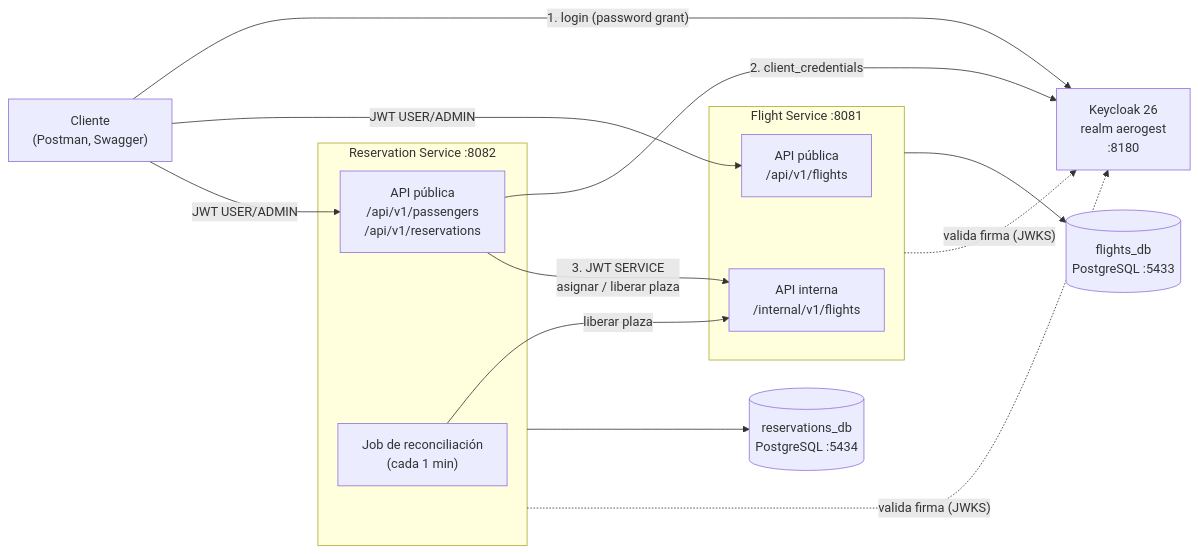
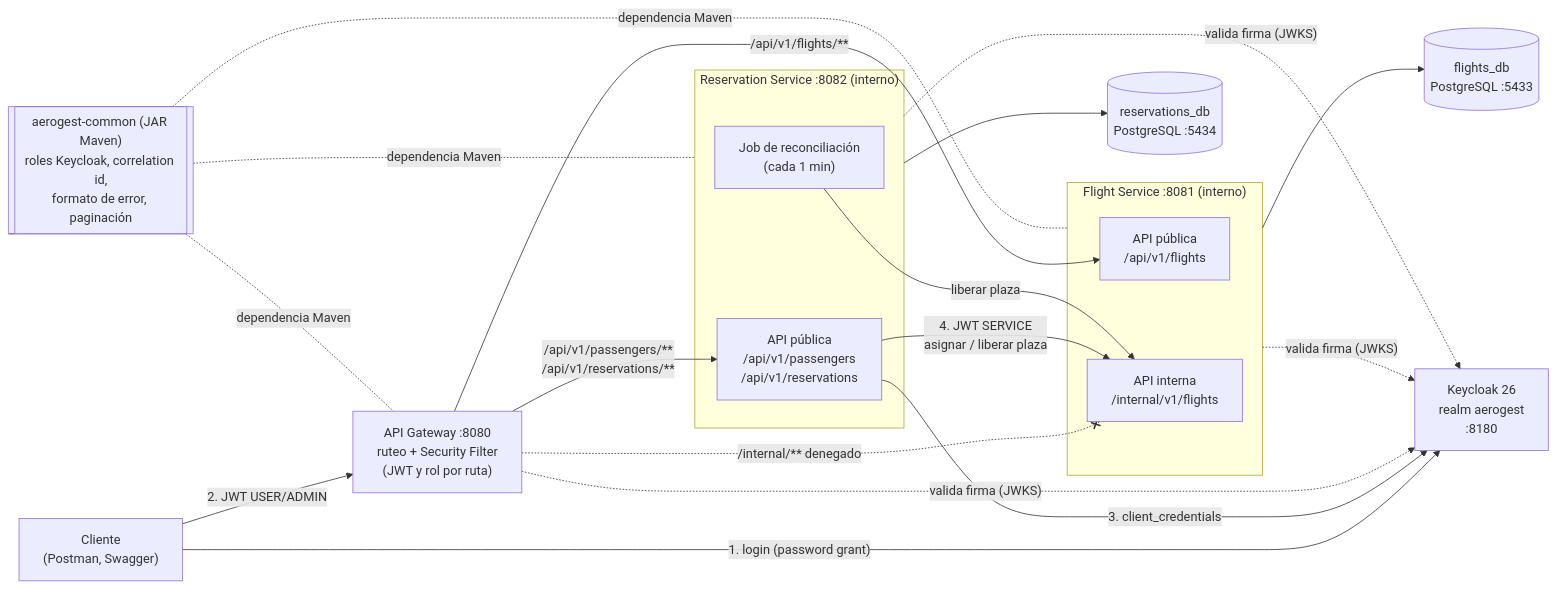
One commit to aguss0/AeroGest changed the first of 6 diagrams in docs/arquitectura.md. Above: the diagram before and after it, drawn with Mermaid. The commit also changed other lines of this file and 73 other files, not shown here.

First line of the commit message:
API Gateway y componente común aerogest-common

````diff
--- a/docs/arquitectura.md
+++ b/docs/arquitectura.md
@@ -35,26 +35,35 @@
 ```mermaid
 flowchart LR
     client["Cliente<br/>(Postman, Swagger)"]
     kc["Keycloak 26<br/>realm aerogest<br/>:8180"]
-    subgraph fs["Flight Service :8081"]
+    gw["API Gateway :8080<br/>ruteo + Security Filter<br/>(JWT y rol por ruta)"]
+    subgraph fs["Flight Service :8081 (interno)"]
         fapi["API pública<br/>/api/v1/flights"]
         fint["API interna<br/>/internal/v1/flights"]
     end
-    subgraph rs["Reservation Service :8082"]
+    subgraph rs["Reservation Service :8082 (interno)"]
         rapi["API pública<br/>/api/v1/passengers<br/>/api/v1/reservations"]
         job["Job de reconciliación<br/>(cada 1 min)"]
     end
     fdb[("flights_db<br/>PostgreSQL :5433")]
     rdb[("reservations_db<br/>PostgreSQL :5434")]
 
+    common[["aerogest-common (JAR Maven)<br/>roles Keycloak, correlation id,<br/>formato de error, paginación"]]
+
     client -- "1. login (password grant)" --> kc
-    client -- "JWT USER/ADMIN" --> fapi
-    client -- "JWT USER/ADMIN" --> rapi
-    rapi -- "2. client_credentials" --> kc
-    rapi -- "3. JWT SERVICE<br/>asignar / liberar plaza" --> fint
+    client -- "2. JWT USER/ADMIN" --> gw
+    gw -- "/api/v1/flights/**" --> fapi
+    gw -- "/api/v1/passengers/**<br/>/api/v1/reservations/**" --> rapi
+    gw -. "/internal/** denegado" .-x fint
+    rapi -- "3. client_credentials" --> kc
+    rapi -- "4. JWT SERVICE<br/>asignar / liberar plaza" --> fint
     job -- "liberar plaza" --> fint
     fs --> fdb
     rs --> rdb
+    gw -. "valida firma (JWKS)" .-> kc
     fs -. "valida firma (JWKS)" .-> kc
     rs -. "valida firma (JWKS)" .-> kc
+    common -. "dependencia Maven" .- gw
+    common -. "dependencia Maven" .- fs
+    common -. "dependencia Maven" .- rs
 ```
````
